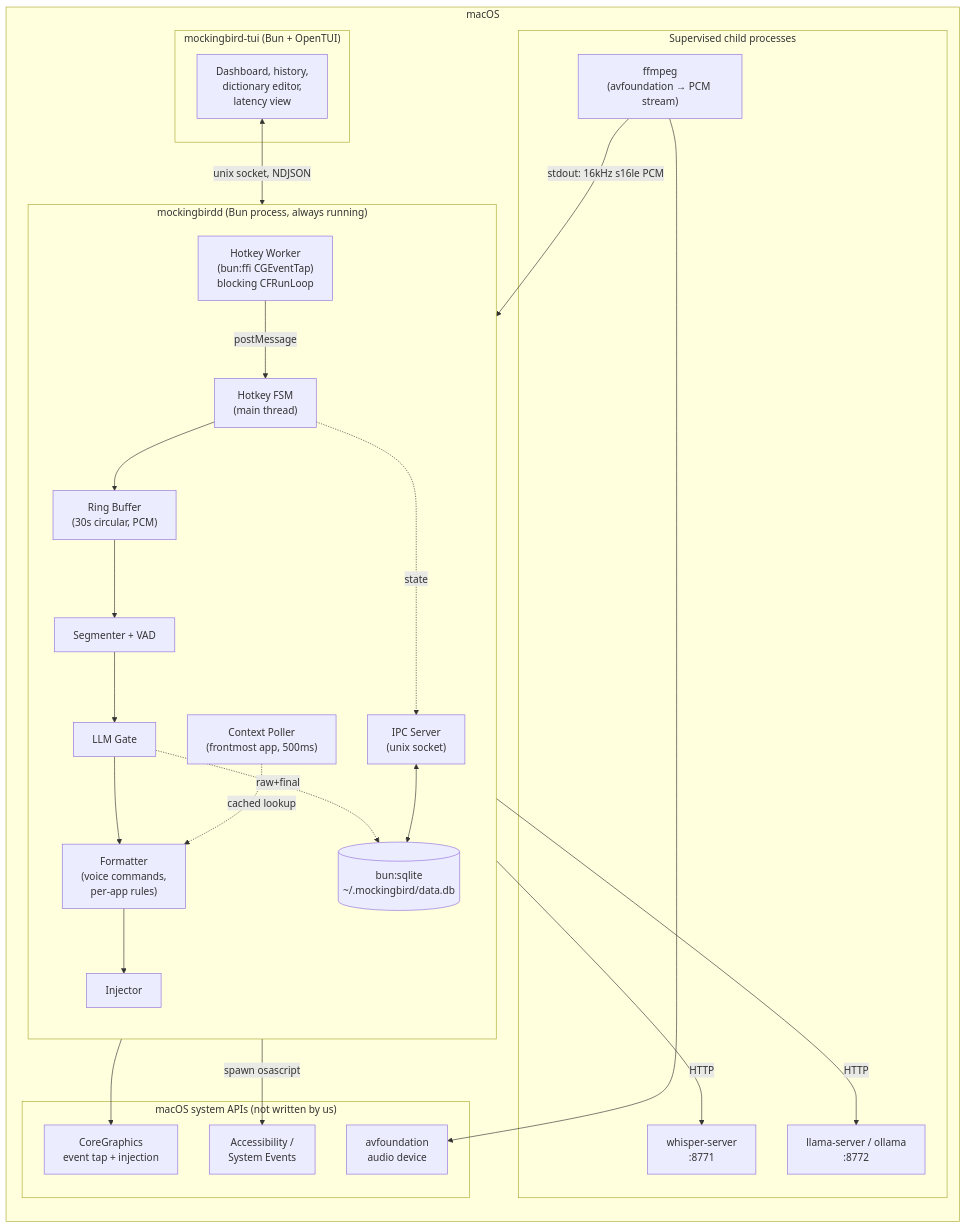
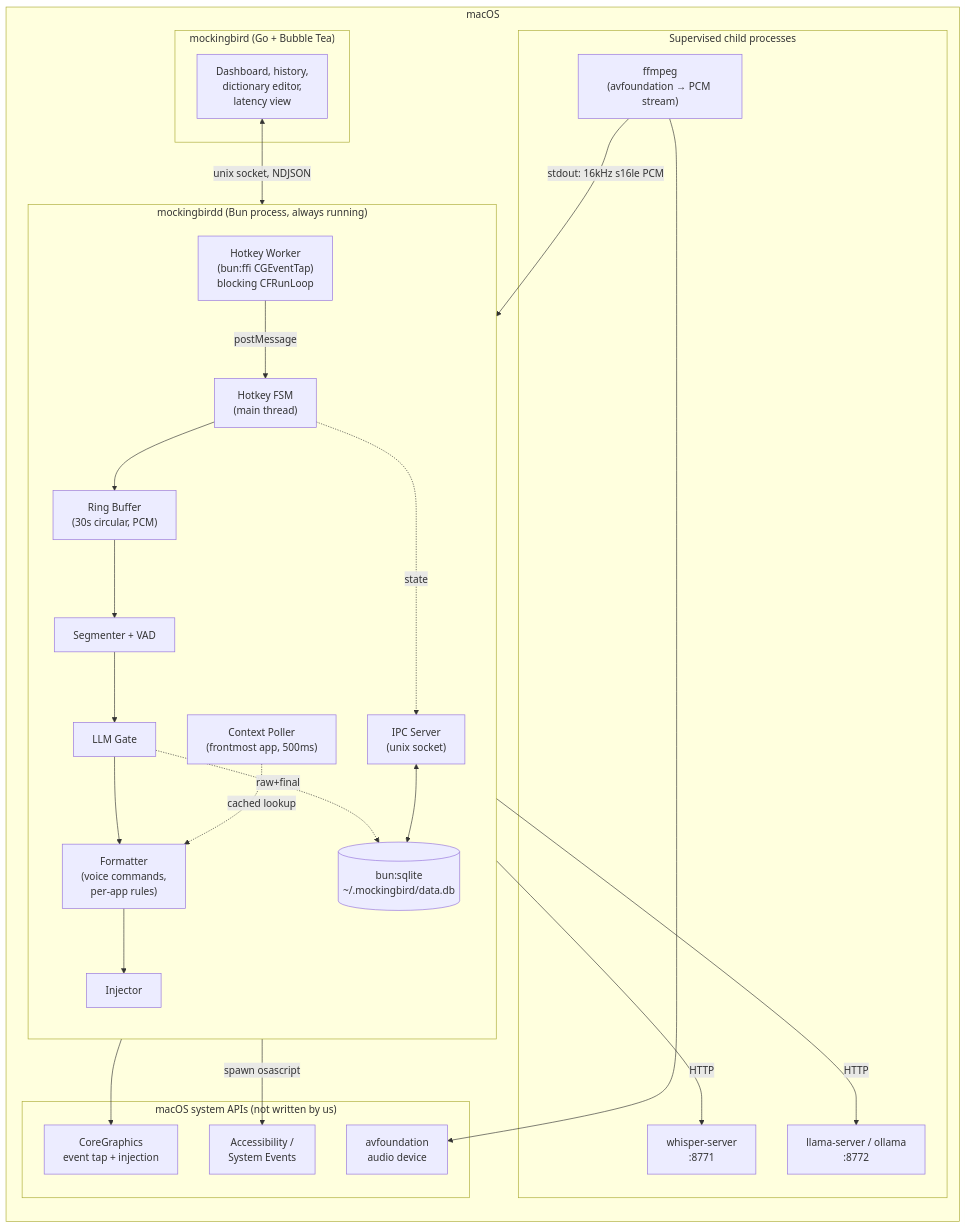
Before and after one commit to NirjharBhattacharjee/mockingbird: the first of 8 diagrams in docs/ARCHITECTURE.md, drawn with Mermaid. The commit also changed other lines of this file and 3 other files, not shown here.

````diff
--- a/docs/ARCHITECTURE.md
+++ b/docs/ARCHITECTURE.md
@@ -136,55 +152,55 @@
 ```mermaid
 flowchart TB
     subgraph OS["macOS"]
         direction TB
 
         subgraph Daemon["mockingbirdd (Bun process, always running)"]
             direction TB
             HKW["Hotkey Worker\n(bun:ffi CGEventTap)\nblocking CFRunLoop"]
             FSM["Hotkey FSM\n(main thread)"]
             RB["Ring Buffer\n(30s circular, PCM)"]
             SEG["Segmenter + VAD"]
             GATE["LLM Gate"]
             FMT["Formatter\n(voice commands,\nper-app rules)"]
             INJ["Injector"]
             CTX["Context Poller\n(frontmost app, 500ms)"]
             IPC["IPC Server\n(unix socket)"]
             DB[("bun:sqlite\n~/.mockingbird/data.db")]
 
             HKW -->|postMessage| FSM
             FSM --> RB
             RB --> SEG
             SEG --> GATE
             GATE --> FMT
             FMT --> INJ
             CTX -.cached lookup.-> FMT
             FSM -.state.-> IPC
             GATE -.raw+final.-> DB
             IPC <--> DB
         end
 
         subgraph Children["Supervised child processes"]
             FFMPEG["ffmpeg\n(avfoundation → PCM stream)"]
             WHISPER["whisper-server\n:8771"]
             LLM["llama-server / ollama\n:8772"]
         end
 
-        subgraph TUIProc["mockingbird-tui (Bun + OpenTUI)"]
+        subgraph TUIProc["mockingbird (Go + Bubble Tea)"]
             TUI["Dashboard, history,\ndictionary editor,\nlatency view"]
         end
 
         subgraph SystemAPIs["macOS system APIs (not written by us)"]
             CG["CoreGraphics\nevent tap + injection"]
             AV["avfoundation\naudio device"]
             AXAPI["Accessibility /\nSystem Events"]
         end
 
         FFMPEG -->|stdout: 16kHz s16le PCM| RB
         SEG -->|HTTP| WHISPER
         GATE -->|HTTP| LLM
         INJ -->|spawn osascript| AXAPI
         HKW --> CG
         FFMPEG --> AV
         TUI <-->|unix socket, NDJSON| IPC
     end
 ```
````
